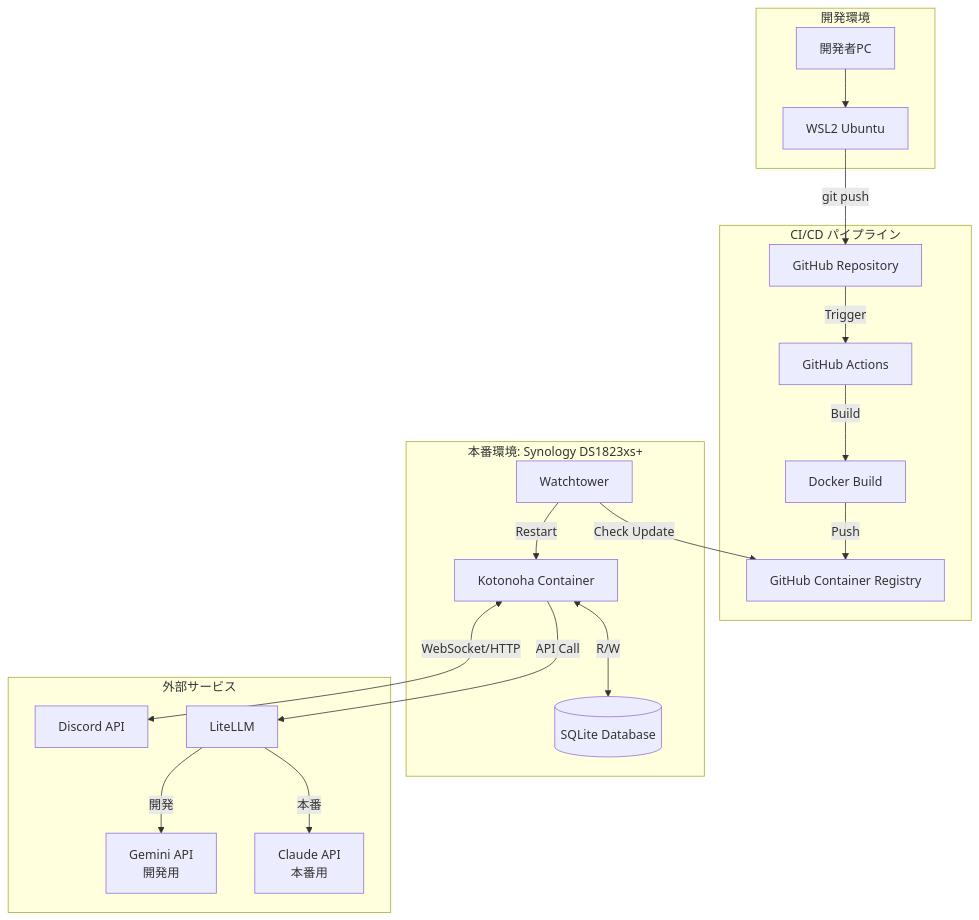
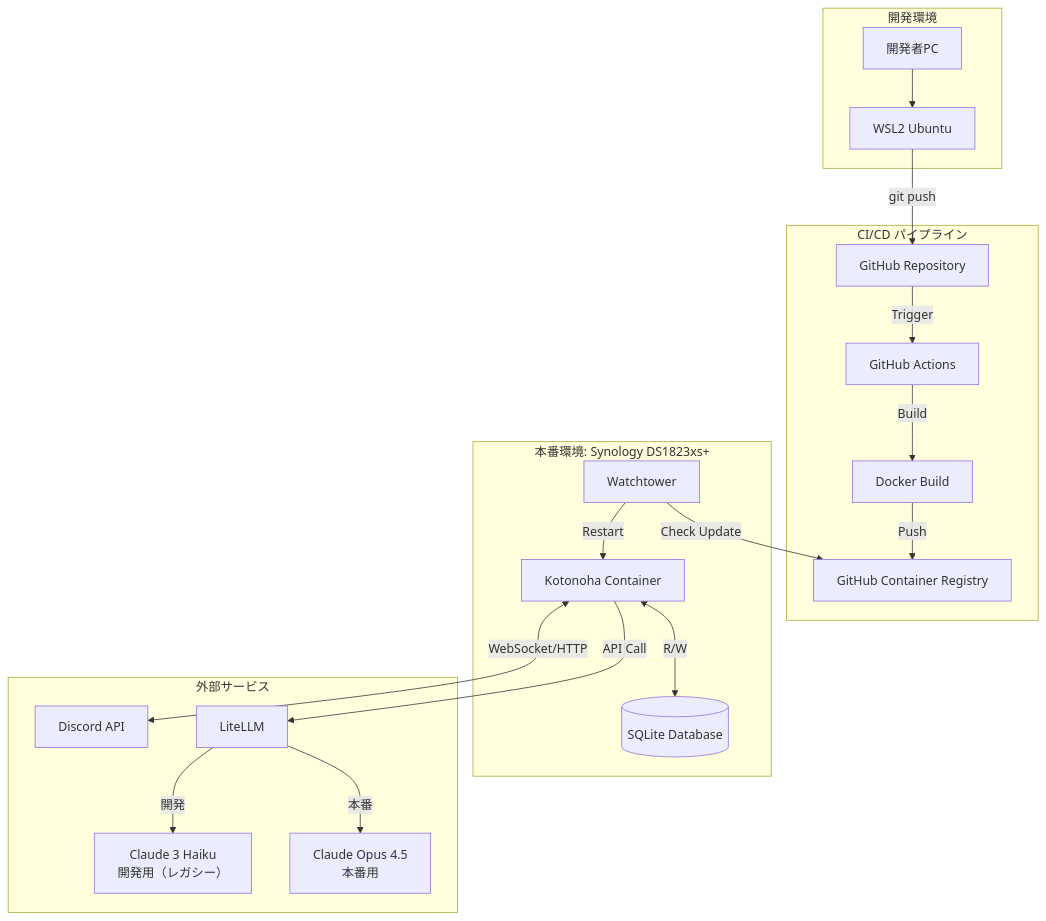
The first of 3 diagrams in docs/architecture/system-architecture.md (fluxrozin/kotonoha-bot), drawn with Mermaid before and after one commit. The commit also changed other lines of this file and 55 other files, not shown here.

````diff
--- a/docs/architecture/system-architecture.md
+++ b/docs/architecture/system-architecture.md
@@ -7,42 +7,42 @@
 ```mermaid
 graph TB
     subgraph "開発環境"
         Dev[開発者PC]
         WSL[WSL2 Ubuntu]
         Dev --> WSL
     end
 
     subgraph "CI/CD パイプライン"
         GitHub[GitHub Repository]
         GHA[GitHub Actions]
         DockerBuild[Docker Build]
         GHCR[GitHub Container Registry]
 
         WSL -->|git push| GitHub
         GitHub -->|Trigger| GHA
         GHA -->|Build| DockerBuild
         DockerBuild -->|Push| GHCR
     end
 
     subgraph "本番環境: Synology DS1823xs+"
         Watchtower[Watchtower]
         Container[Kotonoha Container]
         SQLite[(SQLite Database)]
 
         Watchtower -->|Check Update| GHCR
         Watchtower -->|Restart| Container
         Container <-->|R/W| SQLite
     end
 
     subgraph "外部サービス"
         Discord[Discord API]
         LiteLLM[LiteLLM]
-        Gemini[Gemini API<br/>開発用]
-        Claude[Claude API<br/>本番用]
+        ClaudeHaiku[Claude 3 Haiku<br/>開発用（レガシー）]
+        ClaudeOpus[Claude Opus 4.5<br/>本番用]
 
         Container <-->|WebSocket/HTTP| Discord
         Container -->|API Call| LiteLLM
-        LiteLLM -->|開発| Gemini
-        LiteLLM -->|本番| Claude
+        LiteLLM -->|開発| ClaudeHaiku
+        LiteLLM -->|本番| ClaudeOpus
     end
 ```
````
